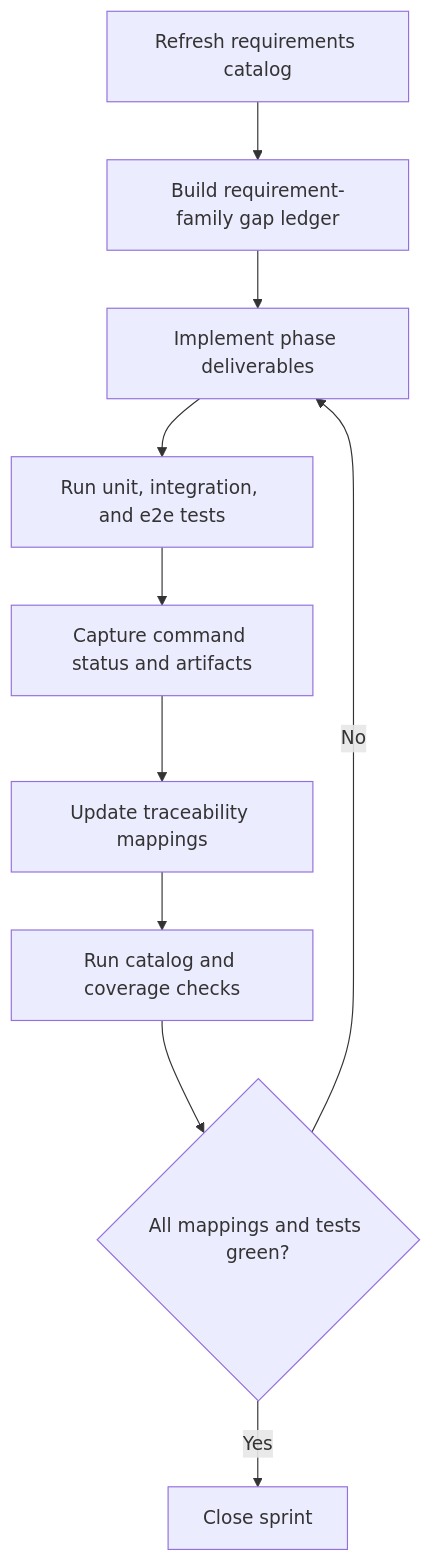
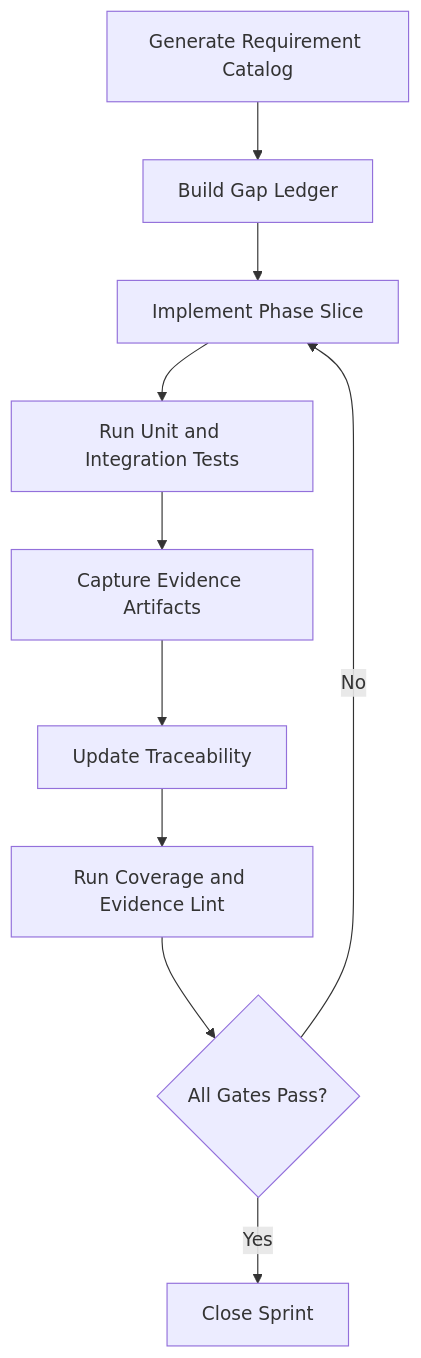
Before and after one commit to jaytaylor/attractor-tcl: the third of 5 diagrams in docs/sprints/SPRINT-003-comprehensive-implementation-plan.md, drawn with Mermaid. The commit also changed other lines of this file, not shown here.

Commit message:
docs: mark sprint 003 comprehensive plan fully executed

````diff
--- a/docs/sprints/SPRINT-003-comprehensive-implementation-plan.md
+++ b/docs/sprints/SPRINT-003-comprehensive-implementation-plan.md
@@ -730,12 +1185,12 @@
 ```mermaid
 flowchart TD
-  A[Refresh requirements catalog] --> B[Build requirement-family gap ledger]
-  B --> C[Implement phase deliverables]
-  C --> D[Run unit, integration, and e2e tests]
-  D --> E[Capture command status and artifacts]
-  E --> F[Update traceability mappings]
-  F --> G[Run catalog and coverage checks]
-  G --> H{All mappings and tests green?}
+  A[Generate Requirement Catalog] --> B[Build Gap Ledger]
+  B --> C[Implement Phase Slice]
+  C --> D[Run Unit and Integration Tests]
+  D --> E[Capture Evidence Artifacts]
+  E --> F[Update Traceability]
+  F --> G[Run Coverage and Evidence Lint]
+  G --> H{All Gates Pass?}
   H -->|No| C
-  H -->|Yes| I[Close sprint]
+  H -->|Yes| I[Close Sprint]
 ```
````
